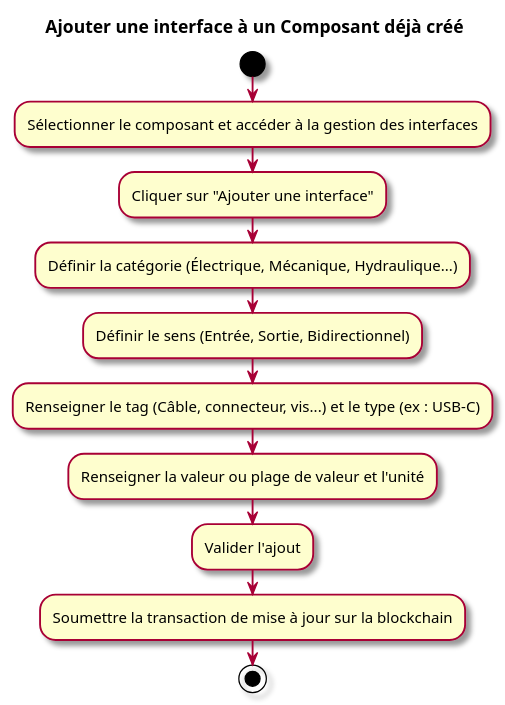
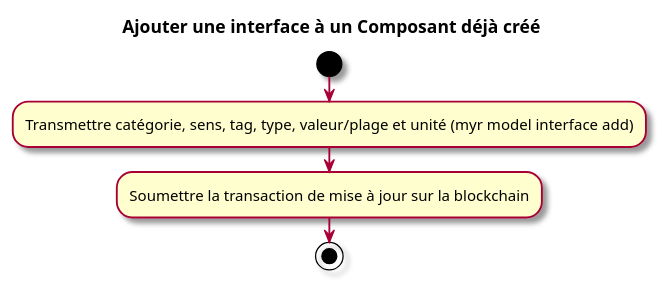
The second of 2 diagrams in specs/1-Expression/UCCE-Composant_Ecriture/UCCE06.md (olivaux/myr), drawn with PlantUML before and after one commit. The commit also changed other lines of this file and 65 other files, not shown here.

````diff
--- a/specs/1-Expression/UCCE-Composant_Ecriture/UCCE06.md
+++ b/specs/1-Expression/UCCE-Composant_Ecriture/UCCE06.md
@@ -64,16 +63,10 @@
 ```plantuml
 @startuml
 skin rose
 title Ajouter une interface à un Composant déjà créé
 start
-:Sélectionner le composant et accéder à la gestion des interfaces;
-:Cliquer sur "Ajouter une interface";
-:Définir la catégorie (Électrique, Mécanique, Hydraulique...);
-:Définir le sens (Entrée, Sortie, Bidirectionnel);
-:Renseigner le tag (Câble, connecteur, vis...) et le type (ex : USB-C);
-:Renseigner la valeur ou plage de valeur et l'unité;
-:Valider l'ajout;
+:Transmettre catégorie, sens, tag, type, valeur/plage et unité (myr model interface add);
 :Soumettre la transaction de mise à jour sur la blockchain;
 stop
 @enduml
 ```
````
